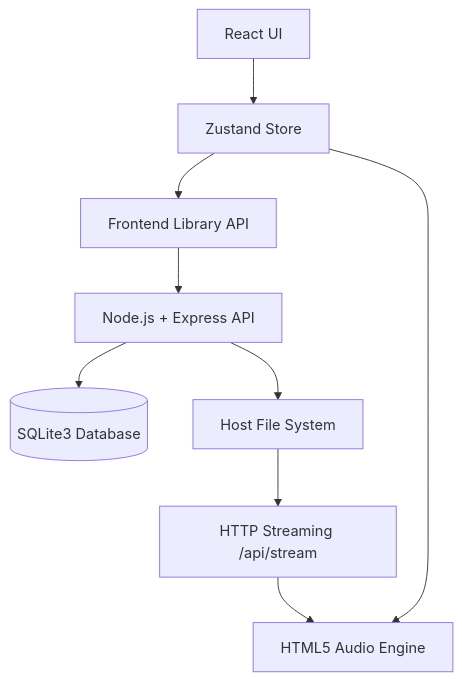
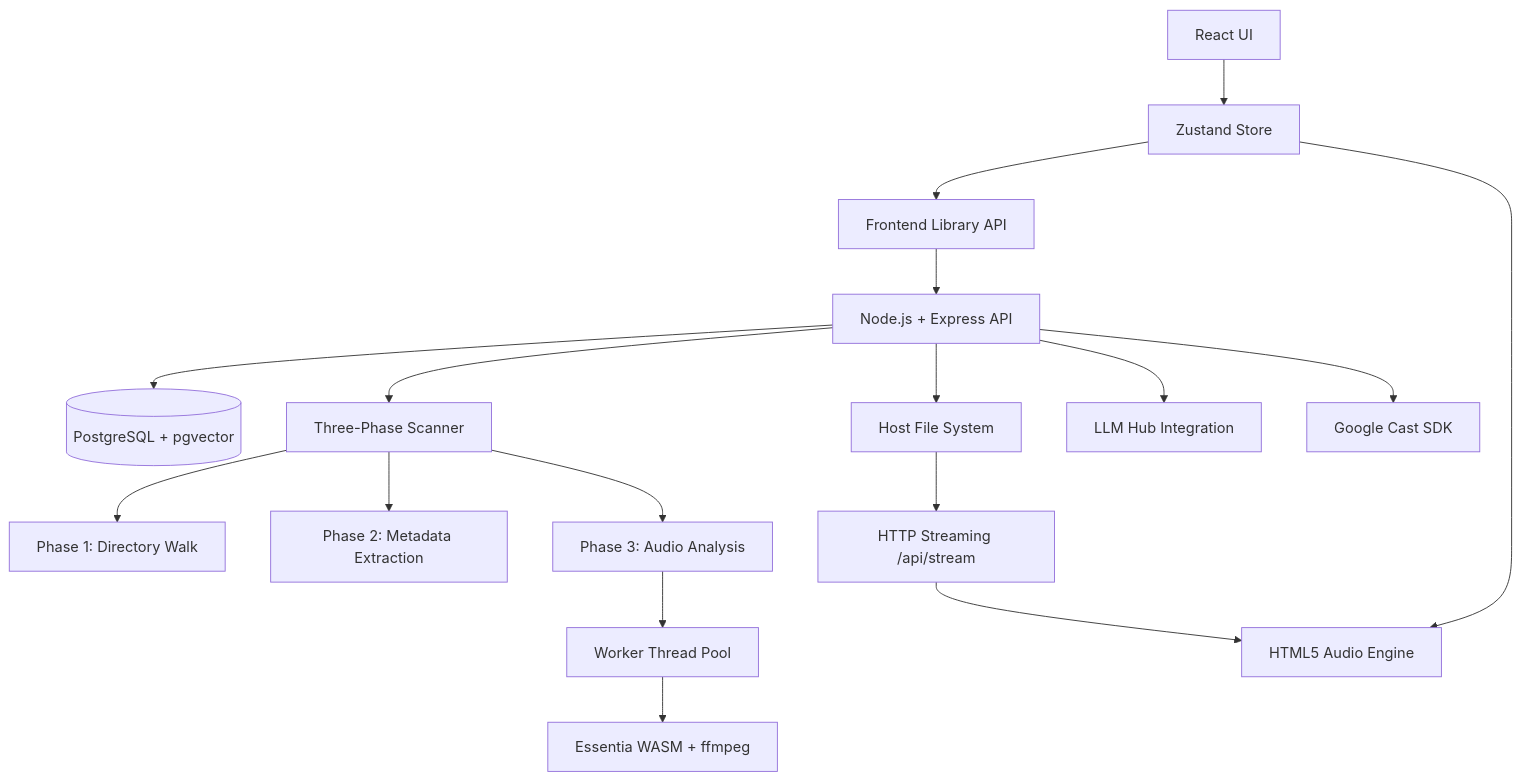
The diagram in docs/architecture_overview.md (destroptor-spec/NorthernLights), drawn with Mermaid before and after one commit. The commit also changed other lines of this file and 6 other files, not shown here.

````diff
--- a/docs/architecture_overview.md
+++ b/docs/architecture_overview.md
@@ -3,11 +3,19 @@
 ```mermaid
 graph TD
     UI[React UI] --> Store[Zustand Store]
     Store --> FE_API[Frontend Library API]
     FE_API --> BE_API[Node.js + Express API]
-    BE_API --> SQLite[(SQLite3 Database)]
+    BE_API --> PostgreSQL[(PostgreSQL + pgvector)]
     BE_API --> FS[Host File System]
+    BE_API --> Scanner[Three-Phase Scanner]
+    Scanner --> Walk[Phase 1: Directory Walk]
+    Scanner --> Metadata[Phase 2: Metadata Extraction]
+    Scanner --> Analysis[Phase 3: Audio Analysis]
+    Analysis --> Workers[Worker Thread Pool]
+    Workers --> Essentia[Essentia WASM + ffmpeg]
     FS --> Stream[HTTP Streaming /api/stream]
     Stream --> Audio[HTML5 Audio Engine]
     Store --> Audio
+    BE_API --> LLM[LLM Hub Integration]
+    BE_API --> Chromecast[Google Cast SDK]
 ```
````
